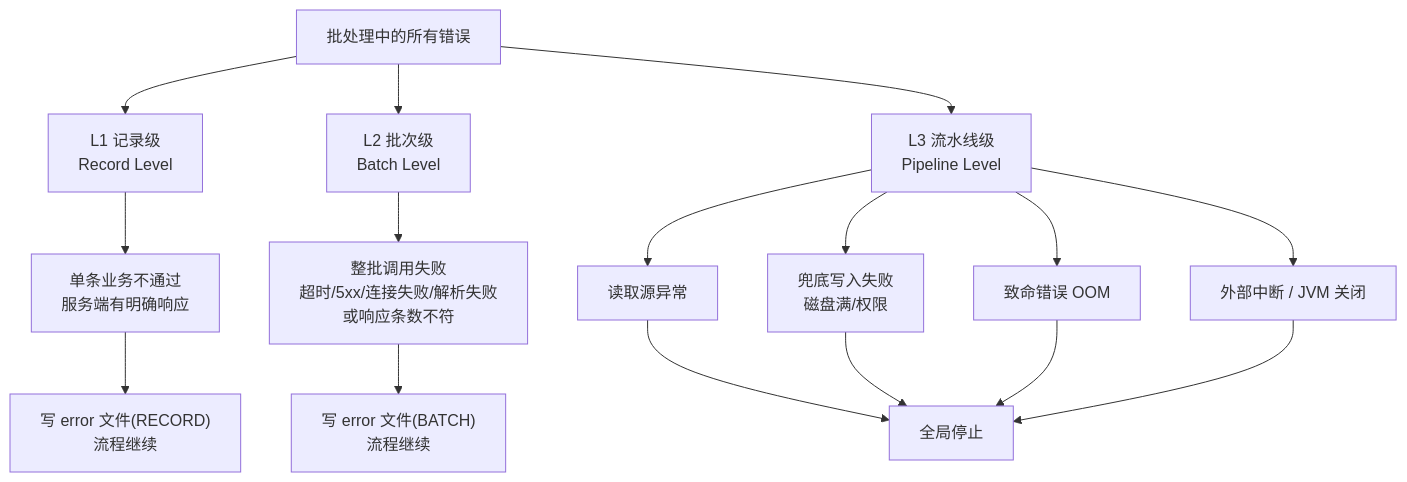
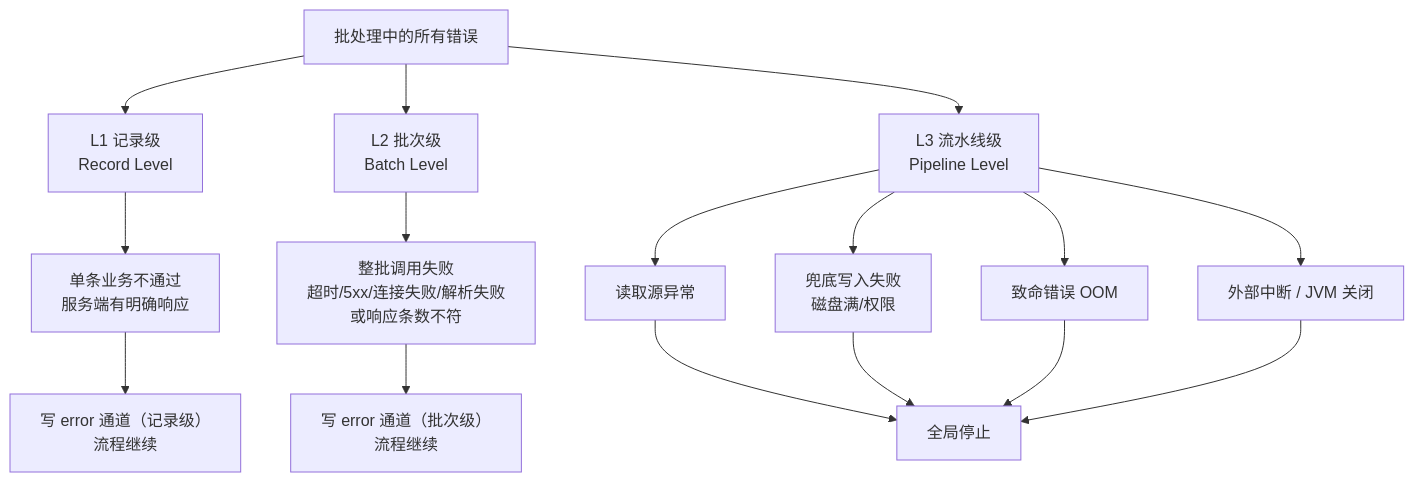
Before and after one commit to owengoodluck/java-batch-pipeline: diagram 11 of 12 in DESIGN.md, drawn with Mermaid. The commit also changed other lines of this file and 31 other files, not shown here.

````diff
--- a/DESIGN.md
+++ b/DESIGN.md
@@ -589,18 +591,18 @@
 ```mermaid
 flowchart TB
     E["批处理中的所有错误"] --> L1["L1 记录级<br/>Record Level"]
     E --> L2["L2 批次级<br/>Batch Level"]
     E --> L3["L3 流水线级<br/>Pipeline Level"]
     L1 --> L1D["单条业务不通过<br/>服务端有明确响应"]
     L2 --> L2D["整批调用失败<br/>超时/5xx/连接失败/解析失败<br/>或响应条数不符"]
     L3 --> L3D1["读取源异常"]
     L3 --> L3D2["兜底写入失败<br/>磁盘满/权限"]
     L3 --> L3D3["致命错误 OOM"]
     L3 --> L3D4["外部中断 / JVM 关闭"]
-    L1D --> H1["写 error 文件(RECORD)<br/>流程继续"]
-    L2D --> H2["写 error 文件(BATCH)<br/>流程继续"]
+    L1D --> H1["写 error 通道（记录级）<br/>流程继续"]
+    L2D --> H2["写 error 通道（批次级）<br/>流程继续"]
     L3D1 --> H3["全局停止"]
     L3D2 --> H3
     L3D3 --> H3
     L3D4 --> H3
 ```
````
